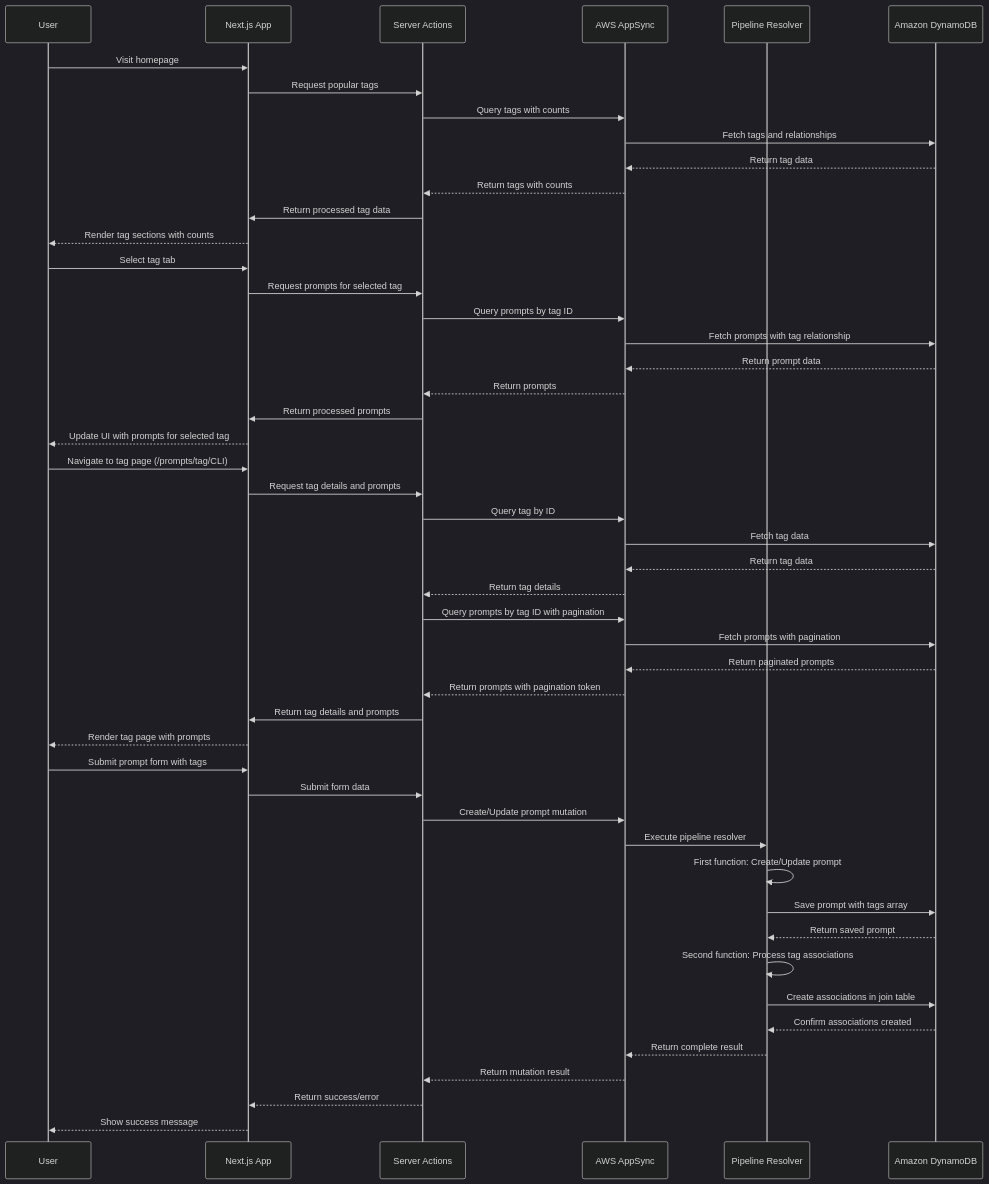
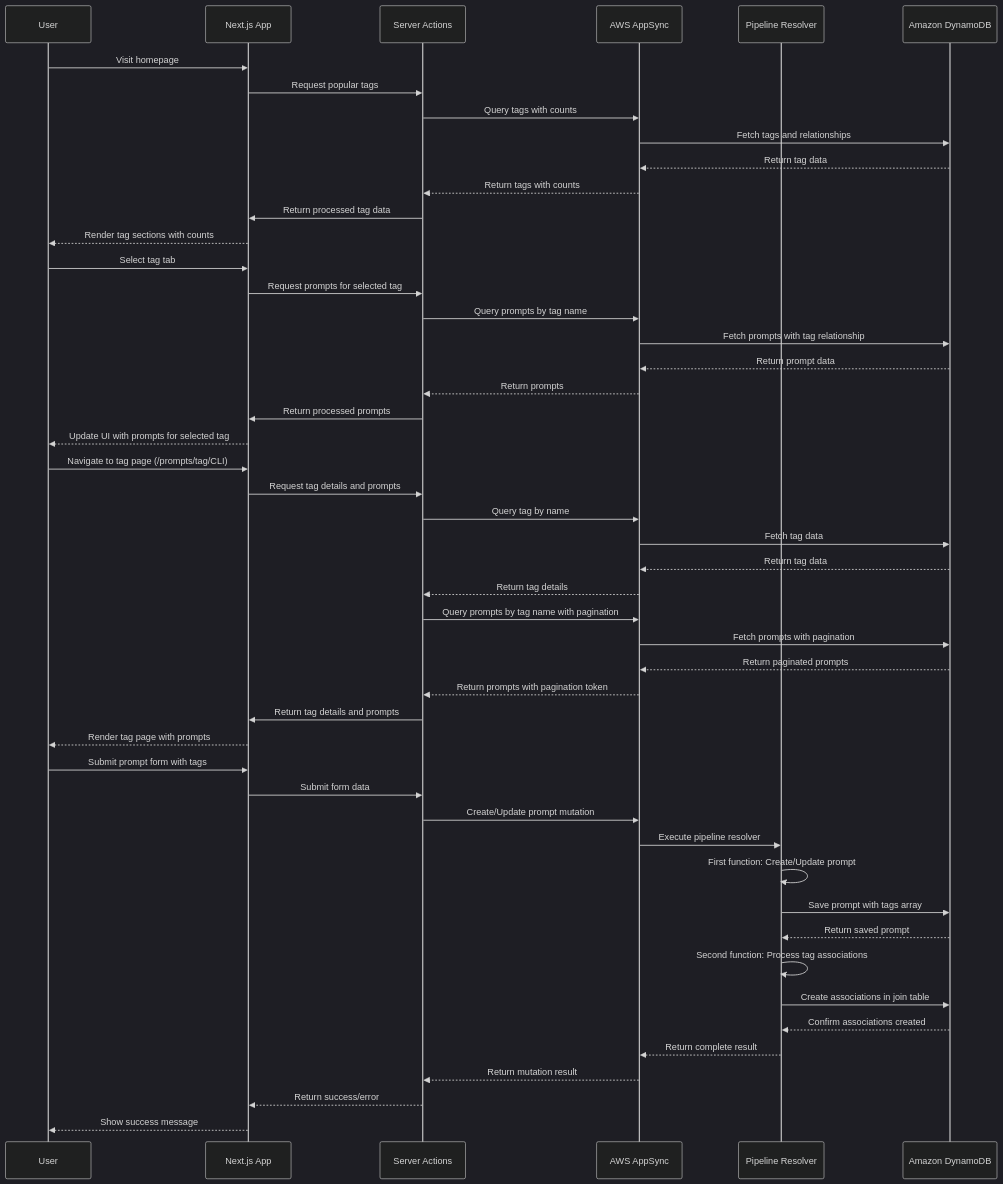
Before and after one commit to cremich/promptz: the second of 2 diagrams in docs/specs/tag-management/spec.md, drawn with Mermaid (dark theme). The commit also changed other lines of this file and 2 other files, not shown here.

First line of the commit message:
feat(data): update tag model to use name as identifier

````diff
--- a/docs/specs/tag-management/spec.md
+++ b/docs/specs/tag-management/spec.md
@@ -209,60 +208,60 @@
 ```mermaid
 sequenceDiagram
     participant User
     participant NextJS as Next.js App
     participant ServerAction as Server Actions
     participant AppSync as AWS AppSync
     participant PipelineResolver as Pipeline Resolver
     participant DynamoDB as Amazon DynamoDB
 
     %% Homepage Tag Section Flow
     User->>NextJS: Visit homepage
     NextJS->>ServerAction: Request popular tags
     ServerAction->>AppSync: Query tags with counts
     AppSync->>DynamoDB: Fetch tags and relationships
     DynamoDB-->>AppSync: Return tag data
     AppSync-->>ServerAction: Return tags with counts
     ServerAction->>NextJS: Return processed tag data
     NextJS-->>User: Render tag sections with counts
 
     %% Tag Tab Selection Flow
     User->>NextJS: Select tag tab
     NextJS->>ServerAction: Request prompts for selected tag
-    ServerAction->>AppSync: Query prompts by tag ID
+    ServerAction->>AppSync: Query prompts by tag name
     AppSync->>DynamoDB: Fetch prompts with tag relationship
     DynamoDB-->>AppSync: Return prompt data
     AppSync-->>ServerAction: Return prompts
     ServerAction->>NextJS: Return processed prompts
     NextJS-->>User: Update UI with prompts for selected tag
 
     %% Tag Page Navigation Flow
     User->>NextJS: Navigate to tag page (/prompts/tag/CLI)
     NextJS->>ServerAction: Request tag details and prompts
-    ServerAction->>AppSync: Query tag by ID
+    ServerAction->>AppSync: Query tag by name
     AppSync->>DynamoDB: Fetch tag data
     DynamoDB-->>AppSync: Return tag data
     AppSync-->>ServerAction: Return tag details
-    ServerAction->>AppSync: Query prompts by tag ID with pagination
+    ServerAction->>AppSync: Query prompts by tag name with pagination
     AppSync->>DynamoDB: Fetch prompts with pagination
     DynamoDB-->>AppSync: Return paginated prompts
     AppSync-->>ServerAction: Return prompts with pagination token
     ServerAction->>NextJS: Return tag details and prompts
     NextJS-->>User: Render tag page with prompts
 
     %% Prompt Creation Flow with Tag Associations
     User->>NextJS: Submit prompt form with tags
     NextJS->>ServerAction: Submit form data
     ServerAction->>AppSync: Create/Update prompt mutation
     AppSync->>PipelineResolver: Execute pipeline resolver
     PipelineResolver->>PipelineResolver: First function: Create/Update prompt
     PipelineResolver->>DynamoDB: Save prompt with tags array
     DynamoDB-->>PipelineResolver: Return saved prompt
     PipelineResolver->>PipelineResolver: Second function: Process tag associations
 
     PipelineResolver->>DynamoDB: Create associations in join table
     DynamoDB-->>PipelineResolver: Confirm associations created
     PipelineResolver-->>AppSync: Return complete result
     AppSync-->>ServerAction: Return mutation result
     ServerAction-->>NextJS: Return success/error
     NextJS-->>User: Show success message
 ```
````
